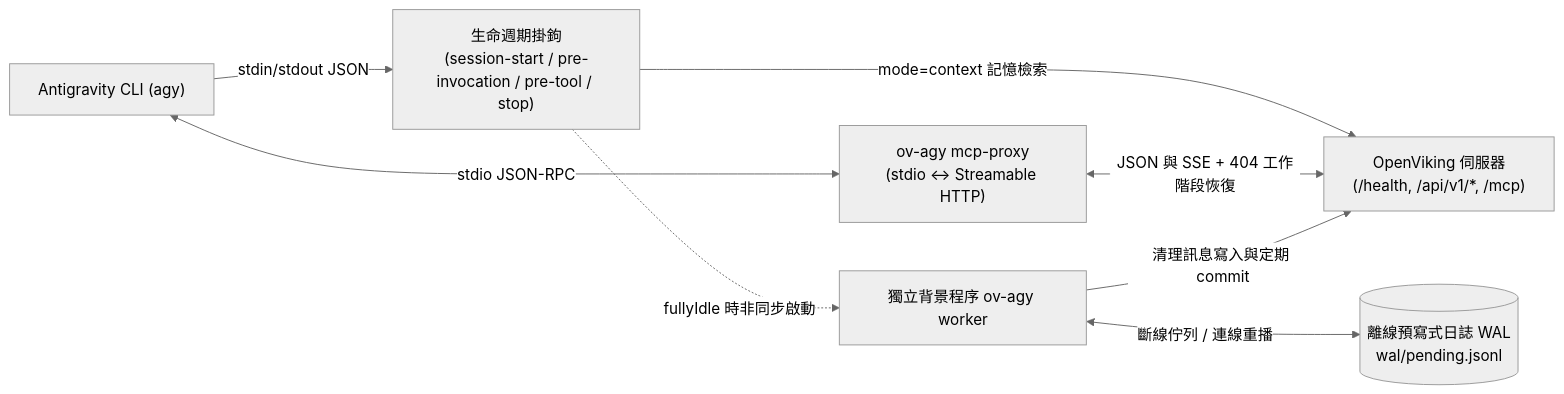
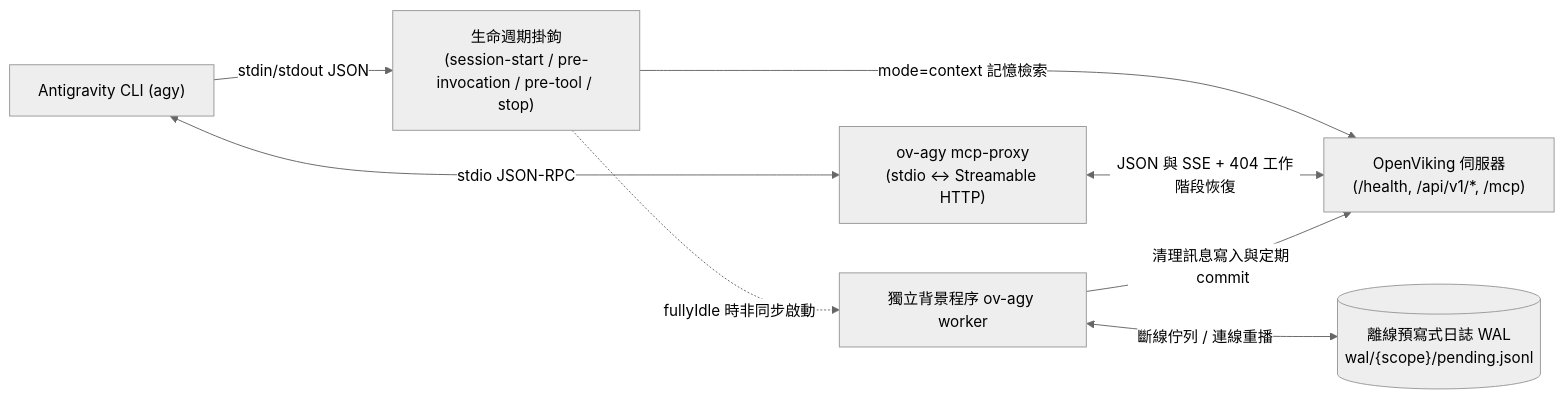
Before and after one commit to JamCh01/agy-openviking: the diagram in README.zh-TW.md, drawn with Mermaid (neutral theme). The commit also changed other lines of this file and 21 other files, not shown here.

````diff
--- a/README.zh-TW.md
+++ b/README.zh-TW.md
@@ -54,17 +56,17 @@
 ```mermaid
 flowchart LR
     AGY["Antigravity CLI (agy)"]
     HOOKS["生命週期掛鉤\n(session-start / pre-invocation / pre-tool / stop)"]
     MCP["ov-agy mcp-proxy\n(stdio <-> Streamable HTTP)"]
     WORKER["獨立背景程序 ov-agy worker"]
-    WAL[("離線預寫式日誌 WAL\nwal/pending.jsonl")]
+    WAL[("離線預寫式日誌 WAL\nwal/{scope}/pending.jsonl")]
     OV["OpenViking 伺服器\n(/health, /api/v1/*, /mcp)"]
 
     AGY -->|"stdin/stdout JSON"| HOOKS
     AGY <-->|"stdio JSON-RPC"| MCP
     HOOKS -->|"mode=context 記憶檢索"| OV
     HOOKS -.->|"fullyIdle 時非同步啟動"| WORKER
     MCP <-->|"JSON 與 SSE + 404 工作階段恢復"| OV
     WORKER -->|"清理訊息寫入與定期 commit"| OV
     WORKER <-->|"斷線佇列 / 連線重播"| WAL
 ```
````
